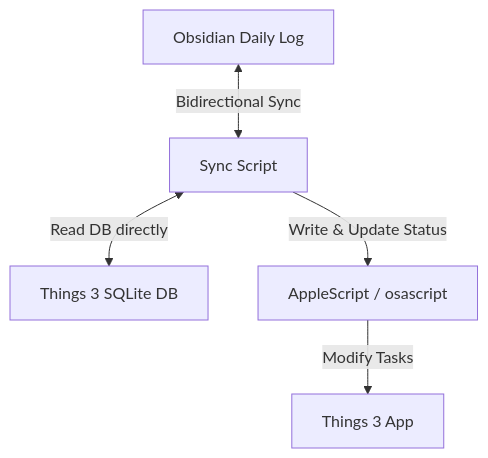
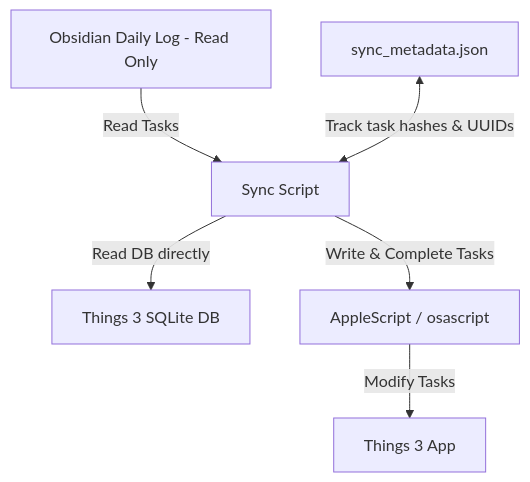
One commit to Scriveners/obsidian-things changed the diagram in README.md. Above: the diagram before and after it, drawn with Mermaid. The commit also changed other lines of this file and 4 other files, not shown here.

Commit message:
refactor: rewrite sync system to support read-only Obsidian files using local metadata cache

````diff
--- a/README.md
+++ b/README.md
@@ -19,7 +20,8 @@
 ```mermaid
 graph TD
-    Obsidian[Obsidian Daily Log] <-->|Bidirectional Sync| Script[Sync Script]
-    Script <-->|Read DB directly| SQLite[Things 3 SQLite DB]
-    Script -->|Write & Update Status| AppleScript[AppleScript / osascript]
+    Obsidian[Obsidian Daily Log - Read Only] -->|Read Tasks| Script[Sync Script]
+    Metadata[sync_metadata.json] <-->|Track task hashes & UUIDs| Script
+    Script -->|Read DB directly| SQLite[Things 3 SQLite DB]
+    Script -->|Write & Complete Tasks| AppleScript[AppleScript / osascript]
     AppleScript -->|Modify Tasks| Things3[Things 3 App]
 ```
````
